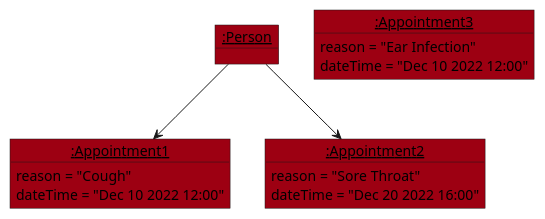
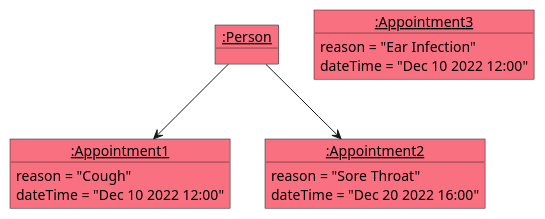
One commit to nus-cs2103-AY2223S1/tp changed the diagram in docs/diagrams/BookCommandObjectDiagram.puml. Above: the diagram before and after it, drawn with PlantUML. The commit also changed 1 other file, not shown here.

Commit message:
Edit color of obj diagram

```diff
--- a/docs/diagrams/BookCommandObjectDiagram.puml
+++ b/docs/diagrams/BookCommandObjectDiagram.puml
@@ -1,28 +1,28 @@
 @startuml
 skinparam object {
-  backgroundColor #9D0012
+  backgroundColor #F97181
 }
 
 object "__:Person__" as Person {
 
 }
 
 object "__:Appointment1__" as Appointment1 {
 reason = "Cough"
 dateTime = "Dec 10 2022 12:00"
 }
 
 object "__:Appointment2__" as Appointment2 {
 reason = "Sore Throat"
 dateTime = "Dec 20 2022 16:00"
 }
 
 object "__:Appointment3__" as Appointment3 {
 reason = "Ear Infection"
 dateTime = "Dec 10 2022 12:00"
 }
 
 Person --> Appointment1
 Person --> Appointment2
 
 @enduml
```
